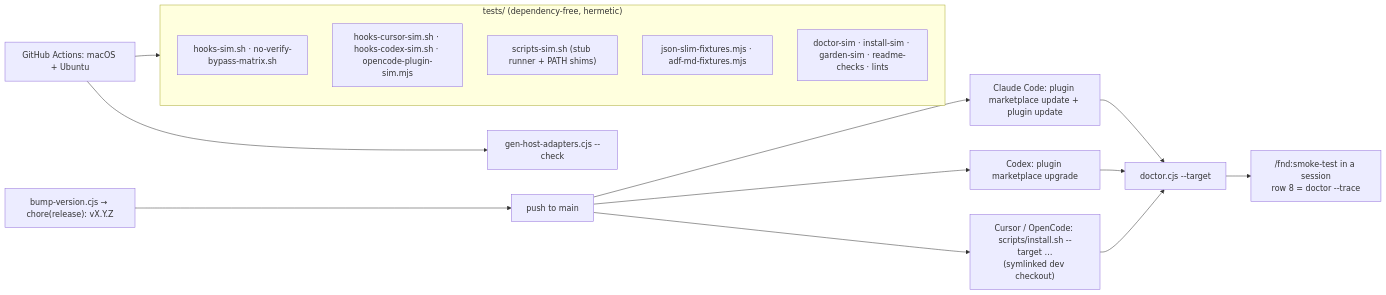
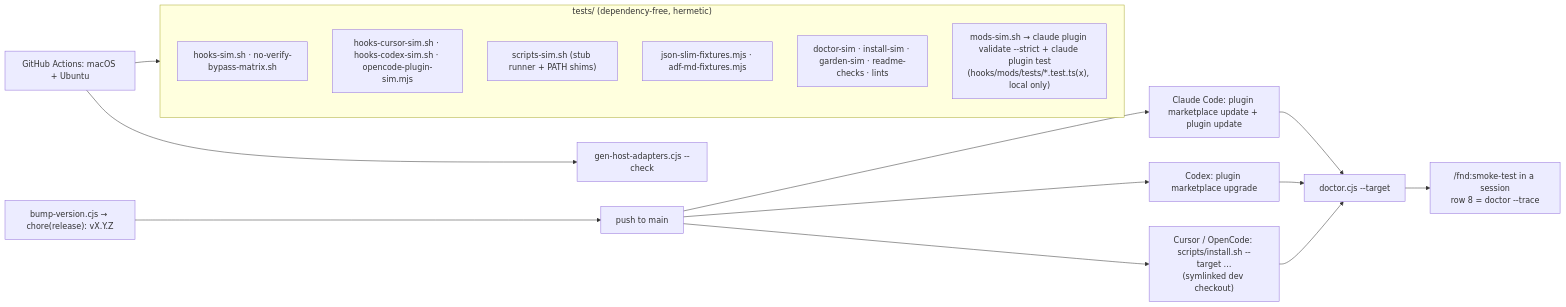
One commit to domaine-oleksandr-kever/claude-plugins changed the eighth of 8 diagrams in docs/ARCHITECTURE.md. Above: the diagram before and after it, drawn with Mermaid. The commit also changed other lines of this file and 35 other files, not shown here.

First line of the commit message:
feat(mods): Claude Code hooks module — status band, progress pane, guard and slim mods

````diff
--- a/docs/ARCHITECTURE.md
+++ b/docs/ARCHITECTURE.md
@@ -228,18 +300,19 @@
 ```mermaid
 flowchart LR
   subgraph tests["tests/ (dependency-free, hermetic)"]
     T1["hooks-sim.sh · no-verify-bypass-matrix.sh"]
     T2["hooks-cursor-sim.sh · hooks-codex-sim.sh · opencode-plugin-sim.mjs"]
     T3["scripts-sim.sh (stub runner + PATH shims)"]
     T4["json-slim-fixtures.mjs · adf-md-fixtures.mjs"]
     T5["doctor-sim · install-sim · garden-sim · readme-checks · lints"]
+    T6["mods-sim.sh → claude plugin validate --strict + claude plugin test<br/>(hooks/mods/tests/*.test.ts(x), local only)"]
   end
   CI["GitHub Actions: macOS + Ubuntu"] --> tests
   CI --> GEN["gen-host-adapters.cjs --check"]
   REL["bump-version.cjs → chore(release): vX.Y.Z"] --> PUSH["push to main"]
   PUSH --> I1["Claude Code: plugin marketplace update + plugin update"]
   PUSH --> I2["Codex: plugin marketplace upgrade"]
   PUSH --> I3["Cursor / OpenCode: scripts/install.sh --target …<br/>(symlinked dev checkout)"]
   I1 & I2 & I3 --> DOC["doctor.cjs --target <host>"]
   DOC --> SMOKE["/fnd:smoke-test in a session<br/>row 8 = doctor --trace"]
 ```
````
